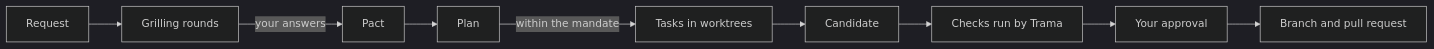
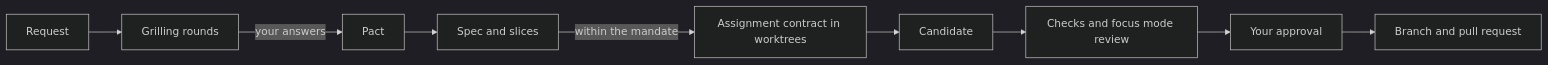
The diagram in README.md (emanueledenaro/trama), drawn with Mermaid (dark theme) before and after one commit. The commit also changed other lines of this file and 4 other files, not shown here.

````diff
--- a/README.md
+++ b/README.md
@@ -87,11 +92,11 @@
 ```mermaid
 flowchart LR
     R[Request] --> G[Grilling rounds]
     G -->|your answers| P[Pact]
-    P --> PL[Plan]
-    PL -->|within the mandate| A[Tasks in worktrees]
+    P --> PL[Spec and slices]
+    PL -->|within the mandate| A[Assignment contract in worktrees]
     A --> C[Candidate]
-    C --> V[Checks run by Trama]
+    C --> V[Checks and focus mode review]
     V --> AP[Your approval]
     AP --> PR[Branch and pull request]
 ```
````
